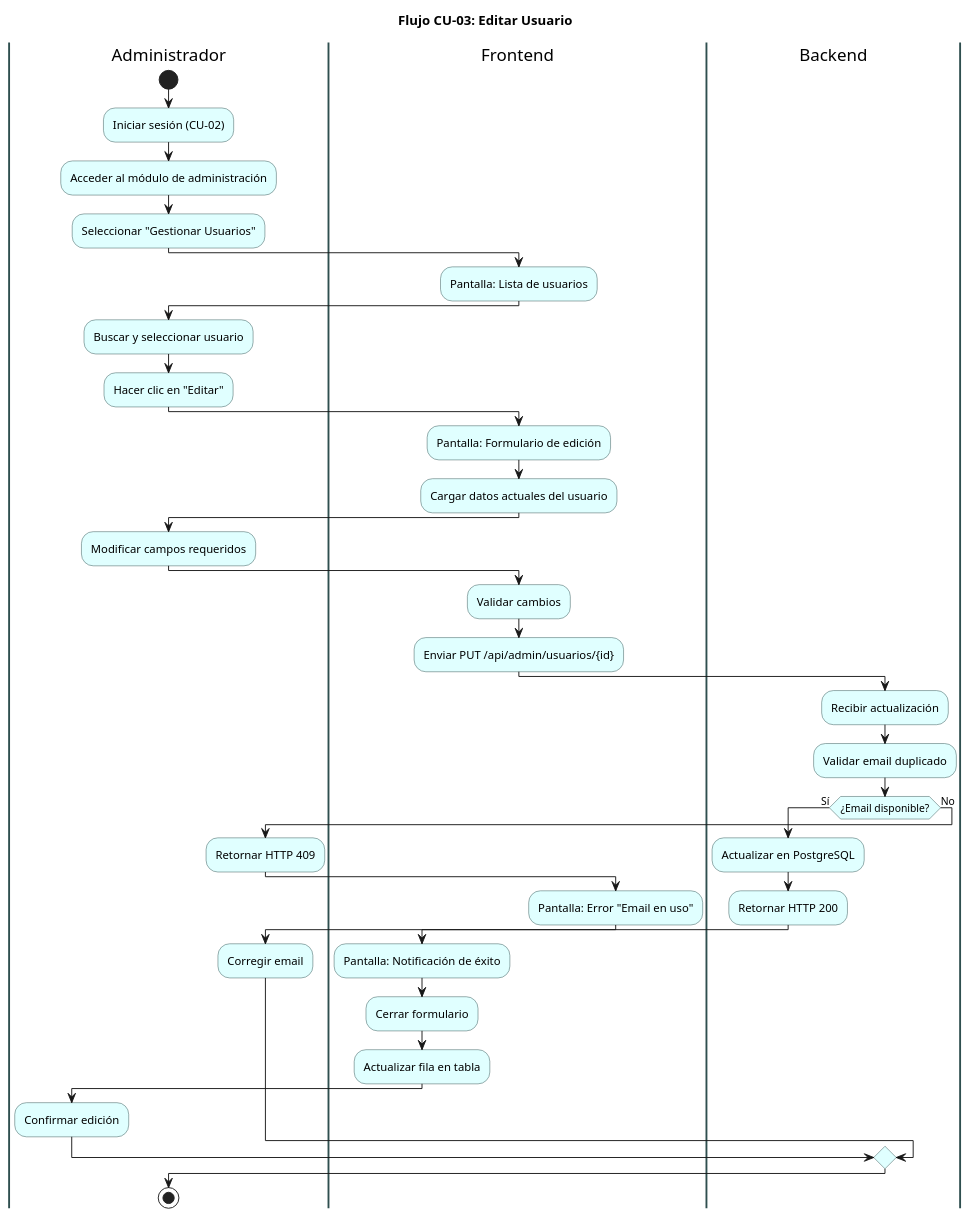
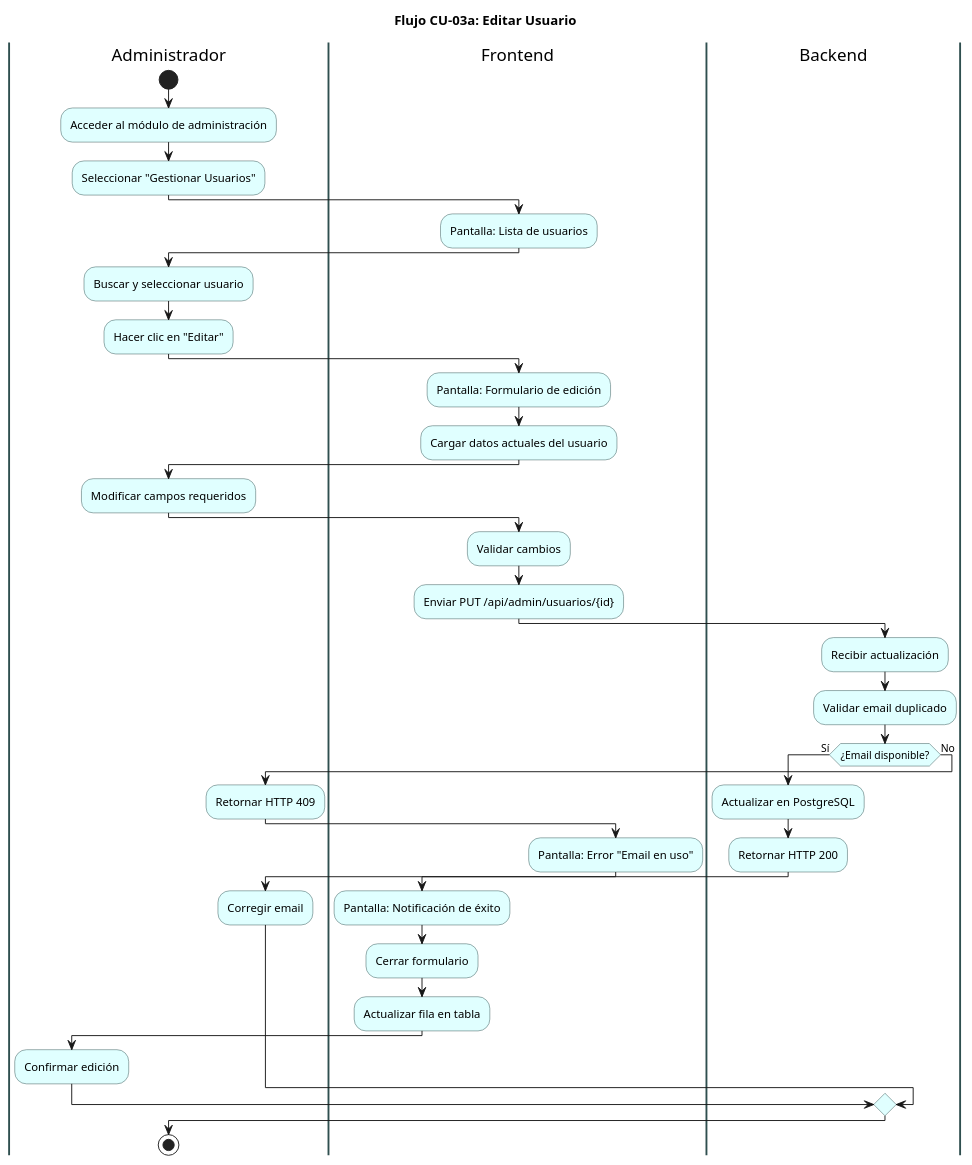
One commit to ElianMMCode/Zone-Control changed the diagram in docs/diagramas/flujo/04_flujo_editar_usuario.puml. Above: the diagram before and after it, drawn with PlantUML. The commit also changed 7 other files, not shown here.

```diff
--- a/docs/diagramas/flujo/04_flujo_editar_usuario.puml
+++ b/docs/diagramas/flujo/04_flujo_editar_usuario.puml
@@ -1,73 +1,71 @@
 @startuml
-title Flujo CU-03: Editar Usuario
+title Flujo CU-03a: Editar Usuario
 skinparam activity {
   BackgroundColor LightCyan
   BorderColor DarkSlateGray
 }
 skinparam swimlane {
   BorderColor DarkSlateGray
   BorderThickness 2
 }
 
 |Administrador|
 start
-:Iniciar sesión (CU-02);
-
 :Acceder al módulo de administración;
 
 :Seleccionar "Gestionar Usuarios";
 
 |Frontend|
 :Pantalla: Lista de usuarios;
 
 |Administrador|
 :Buscar y seleccionar usuario;
 
 :Hacer clic en "Editar";
 
 |Frontend|
 :Pantalla: Formulario de edición;
 
 :Cargar datos actuales del usuario;
 
 |Administrador|
 :Modificar campos requeridos;
 
 |Frontend|
 :Validar cambios;
 
 :Enviar PUT /api/admin/usuarios/{id};
 
 |Backend|
 :Recibir actualización;
 
 :Validar email duplicado;
 
 if (¿Email disponible?) then (Sí)
   :Actualizar en PostgreSQL;
 
   :Retornar HTTP 200;
 
   |Frontend|
   :Pantalla: Notificación de éxito;
 
   :Cerrar formulario;
 
   :Actualizar fila en tabla;
 
   |Administrador|
   :Confirmar edición;
 
 else (No)
   :Retornar HTTP 409;
 
   |Frontend|
   :Pantalla: Error "Email en uso";
 
   |Administrador|
   :Corregir email;
 endif
 
 stop
 
 @enduml
```
